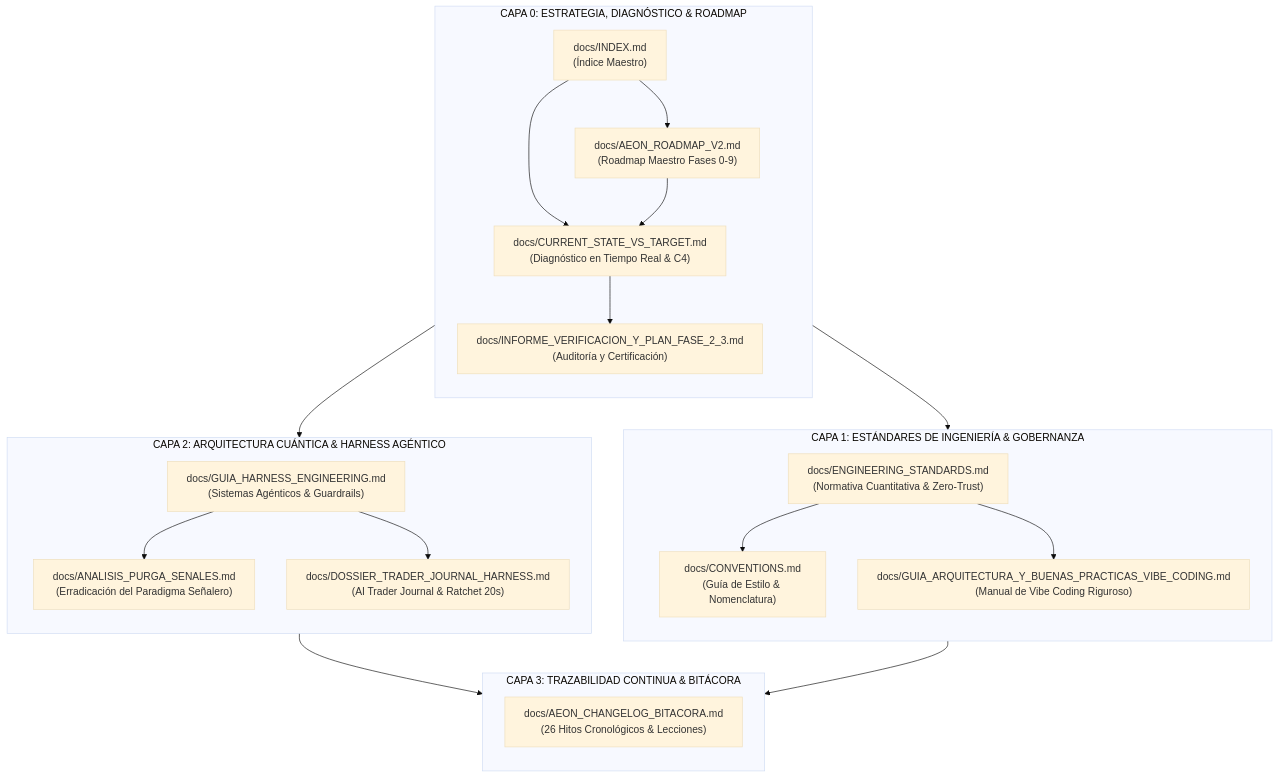
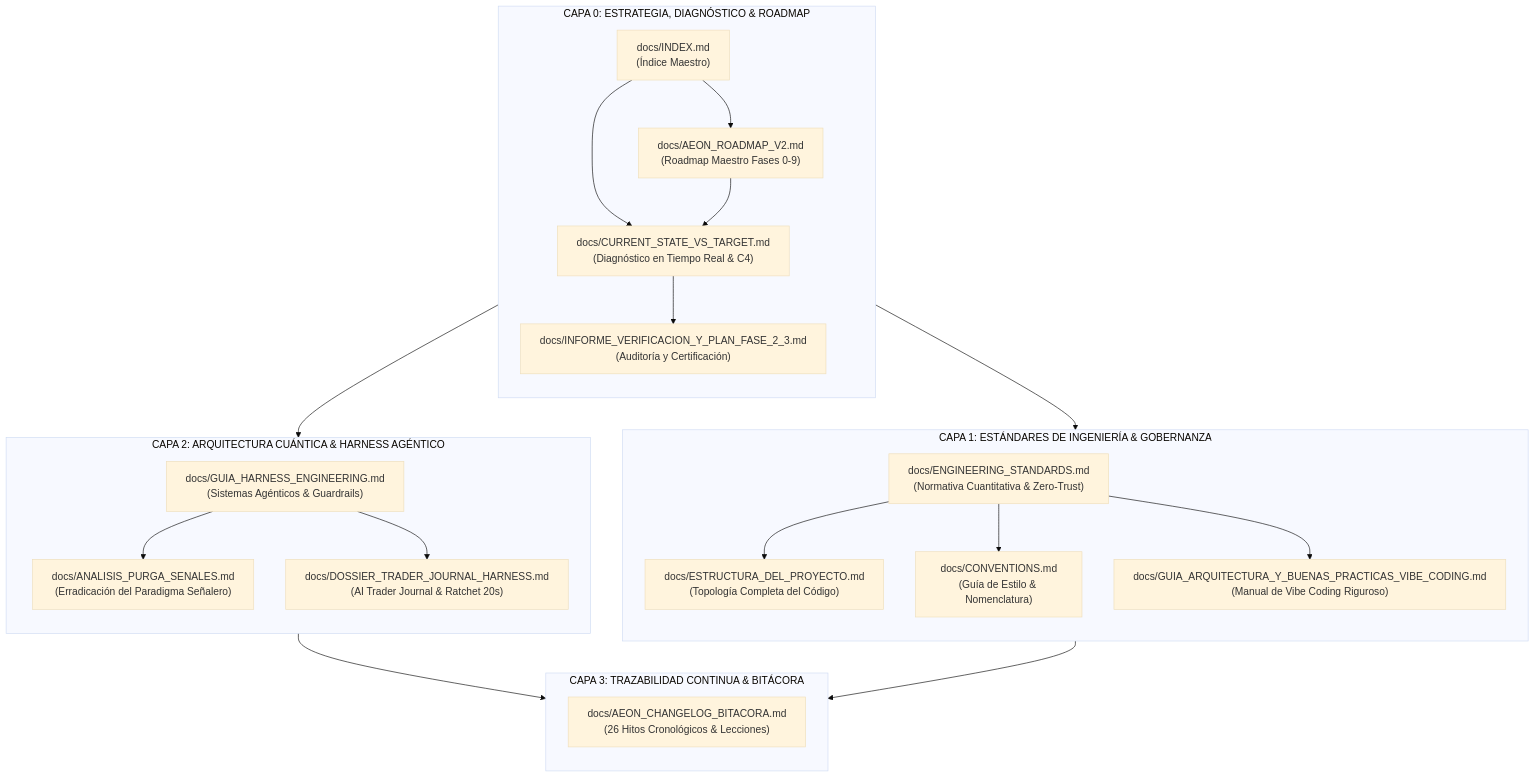
The diagram in docs/INDEX.md (moisesrojasp89-Dev/AEONv2), drawn with Mermaid (base theme) before and after one commit. The commit also changed other lines of this file and 2 other files, not shown here.

Commit message:
docs: add exhaustive project structure map and update conventions with full directory tree

````diff
--- a/docs/INDEX.md
+++ b/docs/INDEX.md
@@ -23,45 +23,47 @@
 ```mermaid
 flowchart TD
     subgraph CAPA_0 ["CAPA 0: ESTRATEGIA, DIAGNÓSTICO & ROADMAP"]
         direction TB
         INDEX["docs/INDEX.md\n(Índice Maestro)"]
         ROADMAP["docs/AEON_ROADMAP_V2.md\n(Roadmap Maestro Fases 0-9)"]
         CURRENT["docs/CURRENT_STATE_VS_TARGET.md\n(Diagnóstico en Tiempo Real & C4)"]
         INFORME["docs/INFORME_VERIFICACION_Y_PLAN_FASE_2_3.md\n(Auditoría y Certificación)"]
     end
 
     subgraph CAPA_1 ["CAPA 1: ESTÁNDARES DE INGENIERÍA & GOBERNANZA"]
         direction TB
         STANDARDS["docs/ENGINEERING_STANDARDS.md\n(Normativa Cuantitativa & Zero-Trust)"]
+        ESTRUCTURA["docs/ESTRUCTURA_DEL_PROYECTO.md\n(Topología Completa del Código)"]
         CONVENTIONS["docs/CONVENTIONS.md\n(Guía de Estilo & Nomenclatura)"]
         VIBE["docs/GUIA_ARQUITECTURA_Y_BUENAS_PRACTICAS_VIBE_CODING.md\n(Manual de Vibe Coding Riguroso)"]
     end
 
     subgraph CAPA_2 ["CAPA 2: ARQUITECTURA CUÁNTICA & HARNESS AGÉNTICO"]
         direction TB
         PURGA["docs/ANALISIS_PURGA_SENALES.md\n(Erradicación del Paradigma Señalero)"]
         JOURNAL["docs/DOSSIER_TRADER_JOURNAL_HARNESS.md\n(AI Trader Journal & Ratchet 20s)"]
         HARNESS["docs/GUIA_HARNESS_ENGINEERING.md\n(Sistemas Agénticos & Guardrails)"]
     end
 
     subgraph CAPA_3 ["CAPA 3: TRAZABILIDAD CONTINUA & BITÁCORA"]
         direction TB
         CHANGELOG["docs/AEON_CHANGELOG_BITACORA.md\n(26 Hitos Cronológicos & Lecciones)"]
     end
 
     INDEX --> ROADMAP
     INDEX --> CURRENT
     ROADMAP --> CURRENT
     CURRENT --> INFORME
 
     CURRENT --> STANDARDS
+    STANDARDS --> ESTRUCTURA
     STANDARDS --> CONVENTIONS
     STANDARDS --> VIBE
 
     CURRENT --> HARNESS
     HARNESS --> JOURNAL
     HARNESS --> PURGA
 
     STANDARDS --> CHANGELOG
     HARNESS --> CHANGELOG
 ```
````
